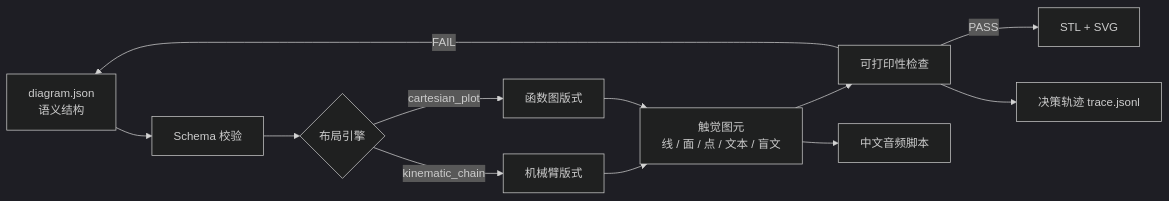
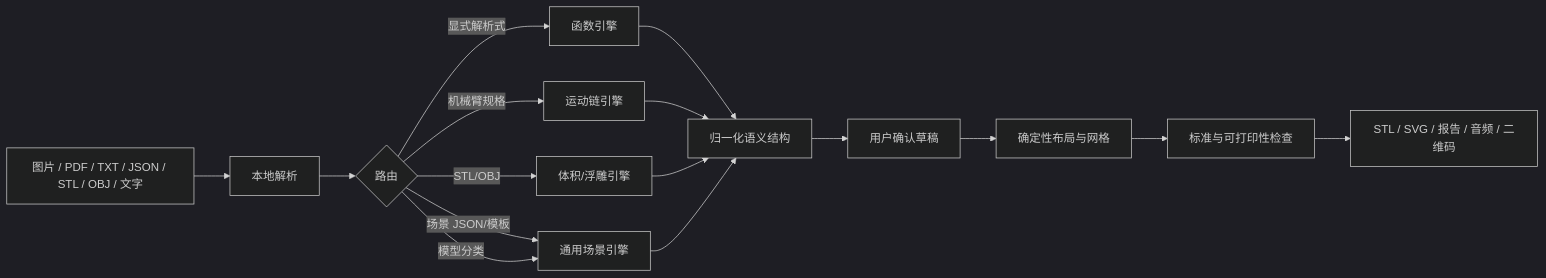
Before and after one commit to CAG1218/touchlearn-fudan-Team_Stella: the diagram in README.md, drawn with Mermaid (dark theme). The commit also changed other lines of this file and 47 other files, not shown here.

````diff
--- a/README.md
+++ b/README.md
@@ -90,14 +95,18 @@
 ```mermaid
 flowchart LR
-    A[diagram.json<br/>语义结构] --> B[Schema 校验]
-    B --> C{布局引擎}
-    C -->|kinematic_chain| D[机械臂版式]
-    C -->|cartesian_plot| E[函数图版式]
-    D --> F[触觉图元<br/>线 / 面 / 点 / 文本 / 盲文]
-    E --> F
-    F --> G[可打印性检查]
-    G -->|PASS| H[STL + SVG]
-    G -->|FAIL| A
-    F --> I[中文音频脚本]
-    G --> J[决策轨迹 trace.jsonl]
+    A[图片 / PDF / TXT / JSON / STL / OBJ / 文字] --> B[本地解析]
+    B --> C{路由}
+    C -->|显式解析式| D[函数引擎]
+    C -->|机械臂规格| E[运动链引擎]
+    C -->|STL/OBJ| F[体积/浮雕引擎]
+    C -->|场景 JSON/模板| G[通用场景引擎]
+    C -->|模型分类| G
+    D --> H[归一化语义结构]
+    E --> H
+    F --> H
+    G --> H
+    H --> I[用户确认草稿]
+    I --> J[确定性布局与网格]
+    J --> K[标准与可打印性检查]
+    K --> L[STL / SVG / 报告 / 音频 / 二维码]
 ```
````
